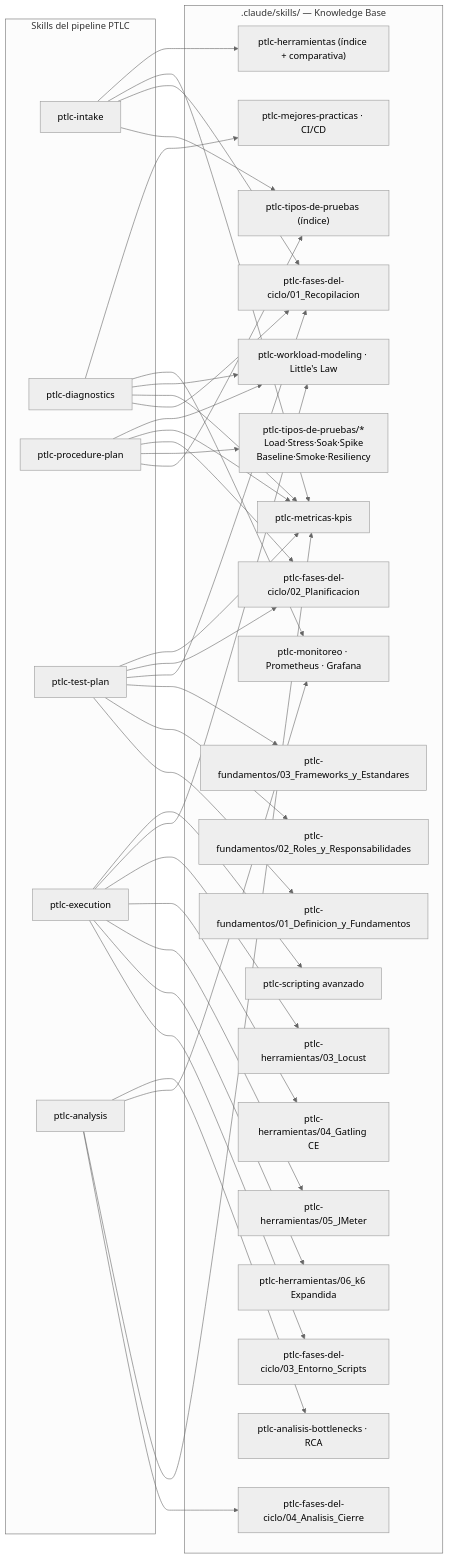
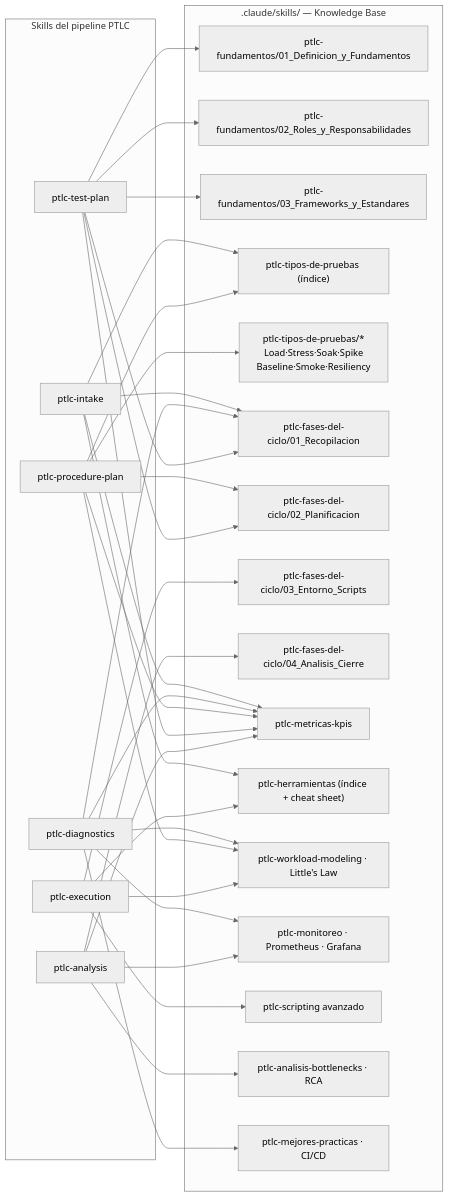
Before and after one commit to criquil/Intelligent_Performance_Test_Orchstrator: the fourth of 6 diagrams in .claude/skills/ptlc-arquitectura-mapas/MAP.md, drawn with Mermaid (neutral theme). The commit also changed other lines of this file and 28 other files, not shown here.

````diff
--- a/.claude/skills/ptlc-arquitectura-mapas/MAP.md
+++ b/.claude/skills/ptlc-arquitectura-mapas/MAP.md
@@ -185,71 +185,64 @@
 ```mermaid
 graph LR
     subgraph AGENTS_COL["Skills del pipeline PTLC"]
         A_INT["ptlc-intake"]
         A_DIA["ptlc-diagnostics"]
         A_PRO["ptlc-procedure-plan"]
         A_TPL["ptlc-test-plan"]
         A_EXE["ptlc-execution"]
         A_ANL["ptlc-analysis"]
     end
 
     subgraph DOCS_COL[".claude/skills/ — Knowledge Base"]
         D01A["ptlc-fundamentos/01_Definicion_y_Fundamentos"]
         D01B["ptlc-fundamentos/02_Roles_y_Responsabilidades"]
         D01C["ptlc-fundamentos/03_Frameworks_y_Estandares"]
         D02I["ptlc-tipos-de-pruebas (índice)"]
         D02D["ptlc-tipos-de-pruebas/*\nLoad·Stress·Soak·Spike\nBaseline·Smoke·Resiliency"]
         D03A["ptlc-fases-del-ciclo/01_Recopilacion"]
         D03B["ptlc-fases-del-ciclo/02_Planificacion"]
         D03C["ptlc-fases-del-ciclo/03_Entorno_Scripts"]
         D03D["ptlc-fases-del-ciclo/04_Analisis_Cierre"]
         D04["ptlc-metricas-kpis"]
-        D05I["ptlc-herramientas (índice + comparativa)"]
-        D05K["ptlc-herramientas/06_k6 Expandida"]
-        D05J["ptlc-herramientas/05_JMeter"]
-        D05G["ptlc-herramientas/04_Gatling CE"]
-        D05L["ptlc-herramientas/03_Locust"]
+        D05I["ptlc-herramientas (índice + cheat sheet)"]
         D06["ptlc-workload-modeling · Little's Law"]
         D07["ptlc-monitoreo · Prometheus · Grafana"]
         D08["ptlc-scripting avanzado"]
         D09["ptlc-analisis-bottlenecks · RCA"]
         D10["ptlc-mejores-practicas · CI/CD"]
     end
 
     A_INT --> D02I
     A_INT --> D03A
     A_INT --> D04
     A_INT --> D05I
 
     A_DIA --> D03A
     A_DIA --> D04
     A_DIA --> D06
     A_DIA --> D07
     A_DIA --> D10
 
     A_PRO --> D02I
     A_PRO --> D02D
     A_PRO --> D03B
     A_PRO --> D04
     A_PRO --> D06
 
     A_TPL --> D01A
     A_TPL --> D01B
     A_TPL --> D01C
     A_TPL --> D03A
     A_TPL --> D03B
     A_TPL --> D04
 
     A_EXE --> D03C
-    A_EXE --> D05K
-    A_EXE --> D05J
-    A_EXE --> D05G
-    A_EXE --> D05L
+    A_EXE --> D05I
     A_EXE --> D06
     A_EXE --> D08
 
     A_ANL --> D03D
     A_ANL --> D04
     A_ANL --> D07
     A_ANL --> D09
 ```
````
